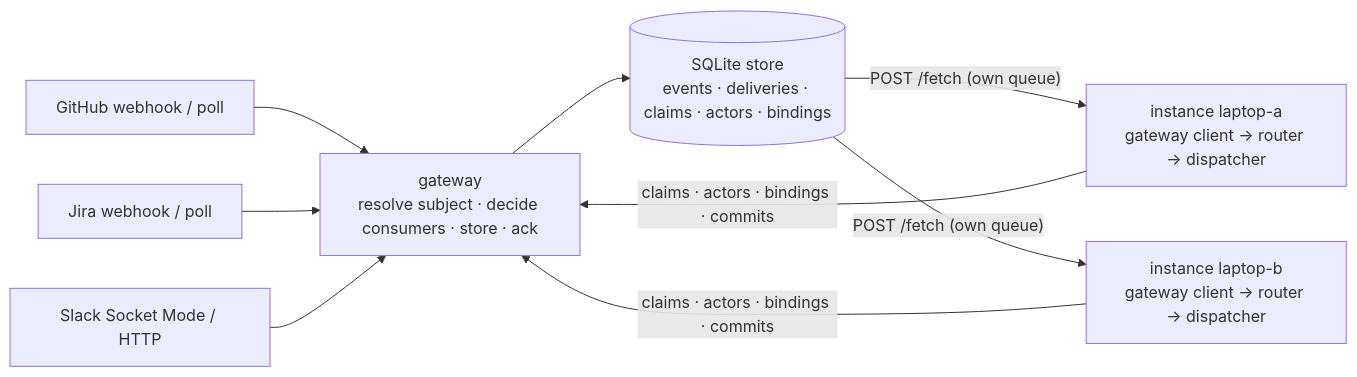
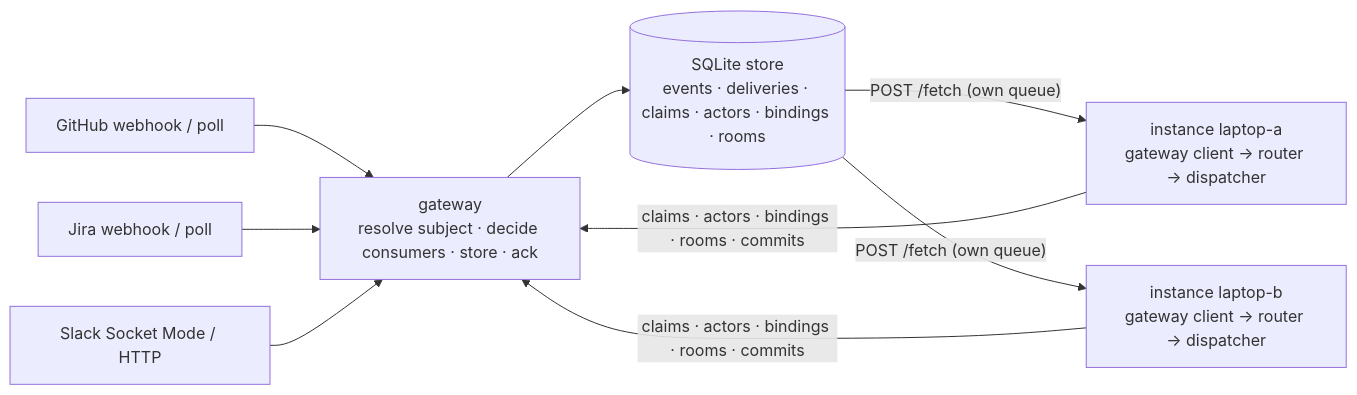
Before and after one commit to MadaraUchiha-314/the-loop: the diagram in docs/capabilities/gateway.md, drawn with Mermaid. The commit also changed other lines of this file and 30 other files, not shown here.

````diff
--- a/docs/capabilities/gateway.md
+++ b/docs/capabilities/gateway.md
@@ -28,11 +28,11 @@
 ```mermaid
 flowchart LR
   GH[GitHub webhook / poll] --> GW
   JR[Jira webhook / poll] --> GW
   SL[Slack Socket Mode / HTTP] --> GW
-  GW[gateway<br/>resolve subject · decide consumers · store · ack] --> ST[(SQLite store<br/>events · deliveries · claims · actors · bindings)]
+  GW[gateway<br/>resolve subject · decide consumers · store · ack] --> ST[(SQLite store<br/>events · deliveries · claims · actors · bindings · rooms)]
   ST -- "POST /fetch (own queue)" --> A[instance laptop-a<br/>gateway client → router → dispatcher]
   ST -- "POST /fetch (own queue)" --> B[instance laptop-b<br/>gateway client → router → dispatcher]
-  A -- "claims · actors · bindings · commits" --> GW
-  B -- "claims · actors · bindings · commits" --> GW
+  A -- "claims · actors · bindings · rooms · commits" --> GW
+  B -- "claims · actors · bindings · rooms · commits" --> GW
 ```
````
